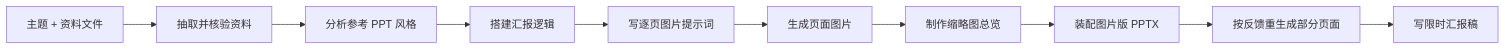
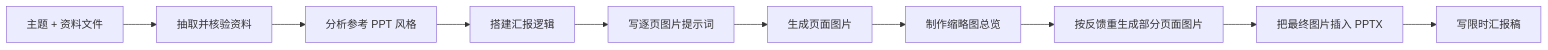
One commit to uuoov/ppt-image-share-builder changed the diagram in README.zh-CN.md. Above: the diagram before and after it, drawn with Mermaid. The commit also changed other lines of this file and 23 other files, not shown here.

````diff
--- a/README.zh-CN.md
+++ b/README.zh-CN.md
@@ -47,12 +48,12 @@
 ```mermaid
 flowchart LR
   A["主题 + 资料文件"] --> B["抽取并核验资料"]
   B --> C["分析参考 PPT 风格"]
   C --> D["搭建汇报逻辑"]
   D --> E["写逐页图片提示词"]
   E --> F["生成页面图片"]
   F --> G["制作缩略图总览"]
-  G --> H["装配图片版 PPTX"]
-  H --> I["按反馈重生成部分页面"]
+  G --> H["按反馈重生成部分页面图片"]
+  H --> I["把最终图片插入 PPTX"]
   I --> J["写限时汇报稿"]
 ```
````
